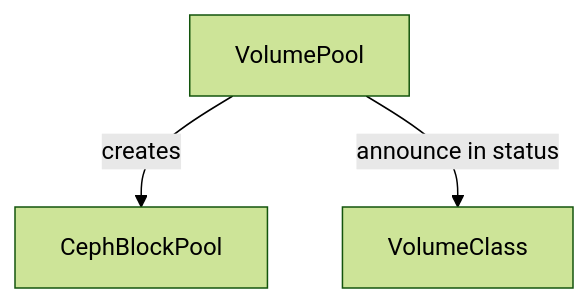
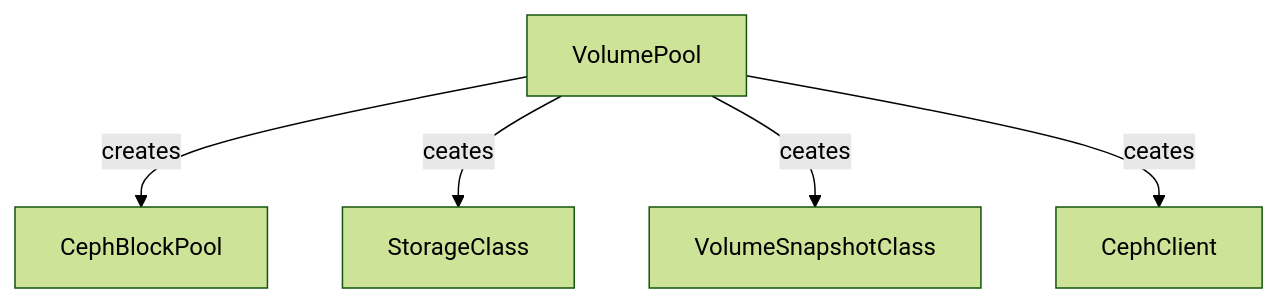
Before and after one commit to ironcore-dev/ceph-provider: the third of 4 diagrams in docs/architecture/README.md, drawn with Mermaid (forest theme). The commit also changed other lines of this file, not shown here.

````diff
--- a/docs/architecture/README.md
+++ b/docs/architecture/README.md
@@ -69,5 +61,7 @@
 ```mermaid
 graph TD
     VP[VolumePool] -- creates --> CephBlockPool
-    VP -- announce in status --> VC[VolumeClass]
+    VP -- ceates --> SC[StorageClass]
+    VP -- ceates --> VSC[VolumeSnapshotClass]
+    VP -- ceates --> CC[CephClient]
 ```
````
